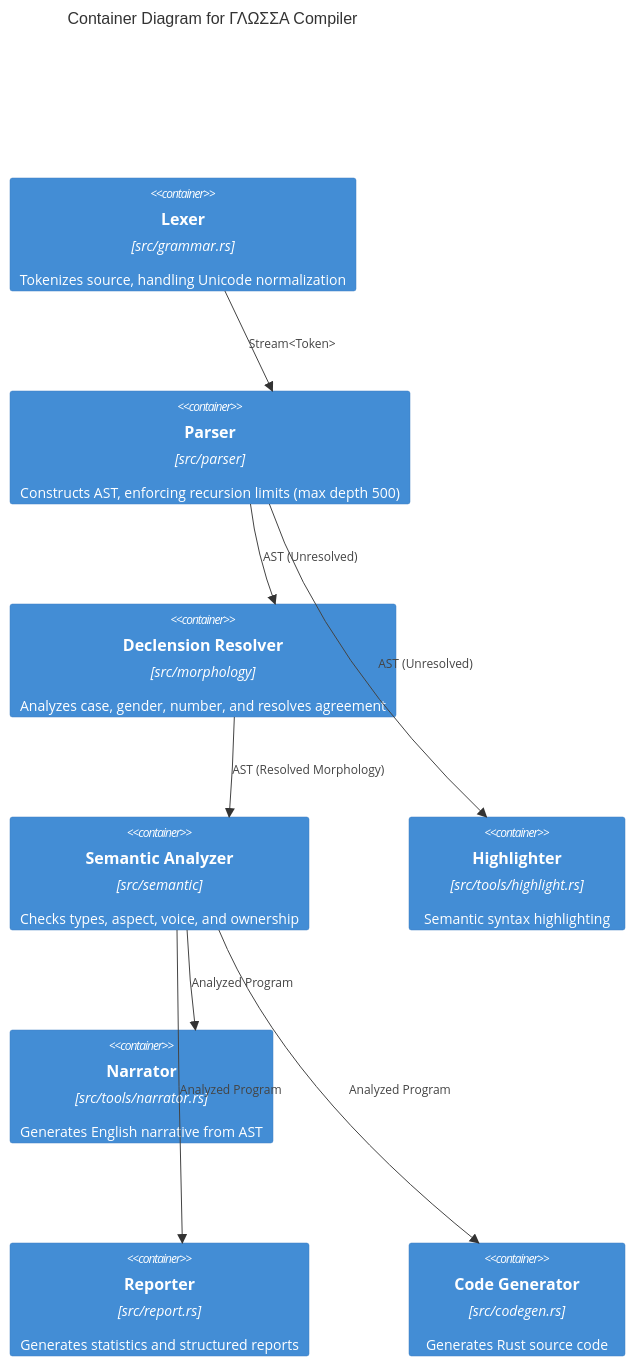
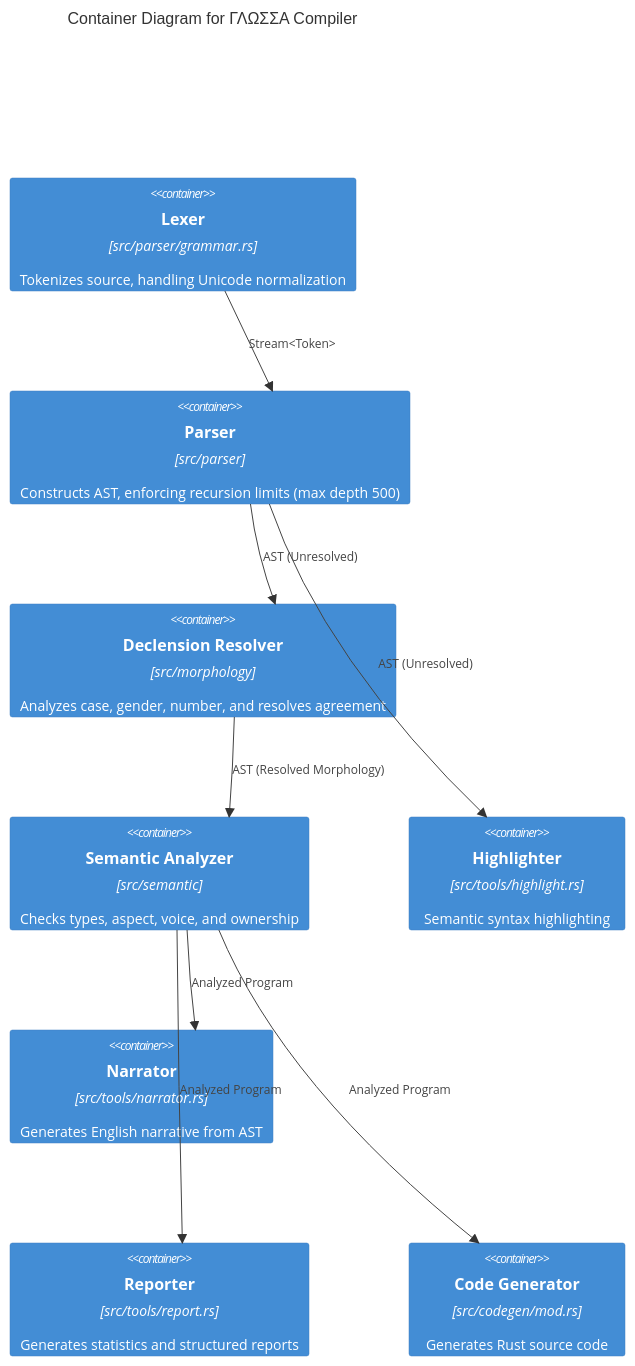
One commit to madmax983/glossa changed the second of 3 diagrams in docs/architecture.md. Above: the diagram before and after it, drawn with Mermaid. The commit also changed 1 other file, not shown here.

Commit message:
docs: add ADR 012 and update architecture diagrams
- Added `docs/adr/012-consolidate-compiler-tools.md` documenting the move of auxiliary tools to `src/tools/`.
- Updated `docs/architecture.md` C4 Container diagram to fix incorrect paths for `lexer`, `report`, and `codegen`.
- Verified `src/tools/` contents match the ADR description.

````diff
--- a/docs/architecture.md
+++ b/docs/architecture.md
@@ -26,21 +26,21 @@
 ```mermaid
 C4Container
     title Container Diagram for ΓΛΩΣΣΑ Compiler
 
-    Container(lexer, "Lexer", "src/grammar.rs", "Tokenizes source, handling Unicode normalization")
+    Container(lexer, "Lexer", "src/parser/grammar.rs", "Tokenizes source, handling Unicode normalization")
     Container(parser, "Parser", "src/parser", "Constructs AST, enforcing recursion limits (max depth 500)")
     Container(morphology, "Declension Resolver", "src/morphology", "Analyzes case, gender, number, and resolves agreement")
     Container(semantic, "Semantic Analyzer", "src/semantic", "Checks types, aspect, voice, and ownership")
     Container(highlight, "Highlighter", "src/tools/highlight.rs", "Semantic syntax highlighting")
     Container(narrator, "Narrator", "src/tools/narrator.rs", "Generates English narrative from AST")
-    Container(report, "Reporter", "src/report.rs", "Generates statistics and structured reports")
-    Container(codegen, "Code Generator", "src/codegen.rs", "Generates Rust source code")
+    Container(report, "Reporter", "src/tools/report.rs", "Generates statistics and structured reports")
+    Container(codegen, "Code Generator", "src/codegen/mod.rs", "Generates Rust source code")
 
     Rel(lexer, parser, "Stream<Token>")
     Rel(parser, morphology, "AST (Unresolved)")
     Rel(parser, highlight, "AST (Unresolved)")
     Rel(morphology, semantic, "AST (Resolved Morphology)")
     Rel(semantic, report, "Analyzed Program")
     Rel(semantic, narrator, "Analyzed Program")
     Rel(semantic, codegen, "Analyzed Program")
 ```
````
